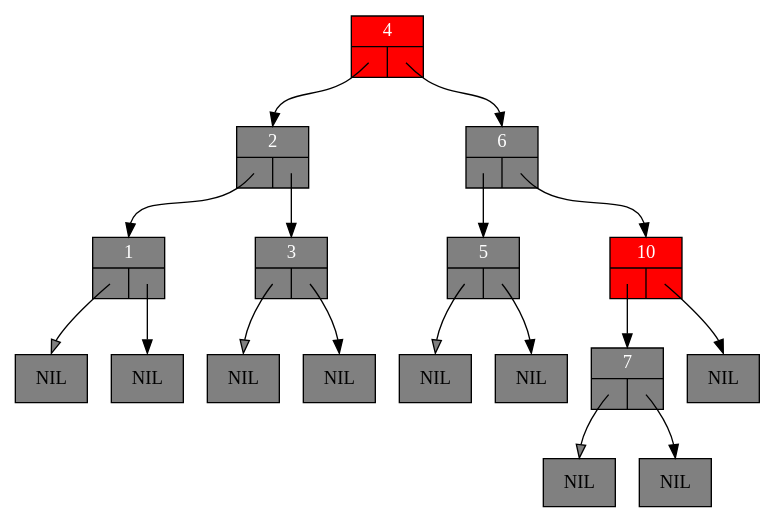
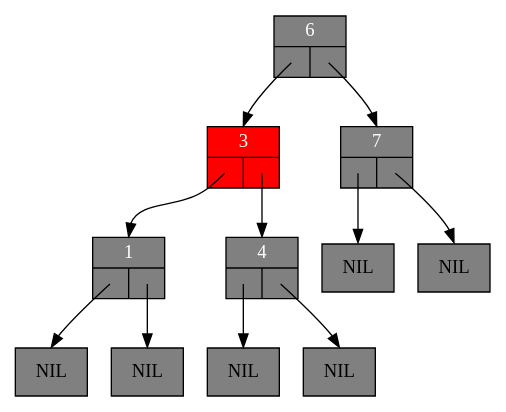
The diagram in Algo3/base_code_lab6/Code/thetree-2.dot (NOTuglyduckling/C), drawn with Graphviz before and after one commit. The commit also changed 66 other files, not shown here.

```diff
--- a/Algo3/base_code_lab6/Code/thetree-2.dot
+++ b/Algo3/base_code_lab6/Code/thetree-2.dot
@@ -1,39 +1,27 @@
 digraph RedBlackTree {
 	graph [ranksep=0.5];
 	node [shape = record];
 
 	n1 [style=filled, fillcolor=grey, fontcolor=white, label="{1|{<left>|<right>}}"];
 	lnil1 [style=filled, fillcolor=grey, label="NIL"];
-	n1:left:c -> lnil1:n [fillcolor=grey, headclip=false, tailclip=false]
+	n1:left:c -> lnil1:n [headclip=false, tailclip=false]
 	rnil1 [style=filled, fillcolor=grey, label="NIL"];
 	n1:right:c -> rnil1:n [headclip=false, tailclip=false]
-	n2 [style=filled, fillcolor=grey, fontcolor=white, label="{2|{<left>|<right>}}"];
-	n2:left:c -> n1:n [headclip=false, tailclip=false]
-	n2:right:c -> n3:n [headclip=false, tailclip=false]
-	n3 [style=filled, fillcolor=grey, fontcolor=white, label="{3|{<left>|<right>}}"];
-	lnil3 [style=filled, fillcolor=grey, label="NIL"];
-	n3:left:c -> lnil3:n [fillcolor=grey, headclip=false, tailclip=false]
-	rnil3 [style=filled, fillcolor=grey, label="NIL"];
-	n3:right:c -> rnil3:n [headclip=false, tailclip=false]
-	n4 [style=filled, fillcolor=red, fontcolor=white, label="{4|{<left>|<right>}}"];
-	n4:left:c -> n2:n [headclip=false, tailclip=false]
-	n4:right:c -> n6:n [headclip=false, tailclip=false]
-	n5 [style=filled, fillcolor=grey, fontcolor=white, label="{5|{<left>|<right>}}"];
-	lnil5 [style=filled, fillcolor=grey, label="NIL"];
-	n5:left:c -> lnil5:n [fillcolor=grey, headclip=false, tailclip=false]
-	rnil5 [style=filled, fillcolor=grey, label="NIL"];
-	n5:right:c -> rnil5:n [headclip=false, tailclip=false]
+	n3 [style=filled, fillcolor=red, fontcolor=white, label="{3|{<left>|<right>}}"];
+	n3:left:c -> n1:n [headclip=false, tailclip=false]
+	n3:right:c -> n4:n [headclip=false, tailclip=false]
+	n4 [style=filled, fillcolor=grey, fontcolor=white, label="{4|{<left>|<right>}}"];
+	lnil4 [style=filled, fillcolor=grey, label="NIL"];
+	n4:left:c -> lnil4:n [headclip=false, tailclip=false]
+	rnil4 [style=filled, fillcolor=grey, label="NIL"];
+	n4:right:c -> rnil4:n [headclip=false, tailclip=false]
 	n6 [style=filled, fillcolor=grey, fontcolor=white, label="{6|{<left>|<right>}}"];
-	n6:left:c -> n5:n [headclip=false, tailclip=false]
-	n6:right:c -> n10:n [headclip=false, tailclip=false]
+	n6:left:c -> n3:n [headclip=false, tailclip=false]
+	n6:right:c -> n7:n [headclip=false, tailclip=false]
 	n7 [style=filled, fillcolor=grey, fontcolor=white, label="{7|{<left>|<right>}}"];
 	lnil7 [style=filled, fillcolor=grey, label="NIL"];
-	n7:left:c -> lnil7:n [fillcolor=grey, headclip=false, tailclip=false]
+	n7:left:c -> lnil7:n [headclip=false, tailclip=false]
 	rnil7 [style=filled, fillcolor=grey, label="NIL"];
 	n7:right:c -> rnil7:n [headclip=false, tailclip=false]
-	n10 [style=filled, fillcolor=red, fontcolor=white, label="{10|{<left>|<right>}}"];
-	n10:left:c -> n7:n [headclip=false, tailclip=false]
-	rnil10 [style=filled, fillcolor=grey, label="NIL"];
-	n10:right:c -> rnil10:n [headclip=false, tailclip=false]
 
 }
```
